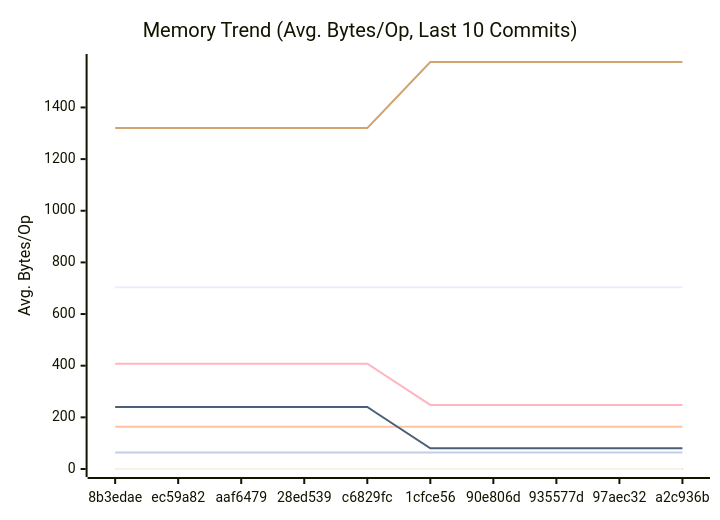
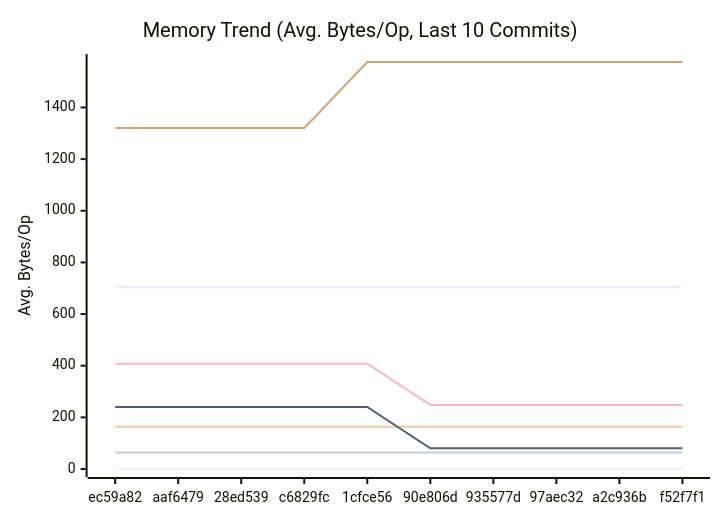
One commit to alsotoes/momo changed the second of 3 diagrams in docs/PERFORMANCE.md. Above: the diagram before and after it, drawn with Mermaid. The commit also changed other lines of this file and 3 other files, not shown here.

````diff
--- a/docs/PERFORMANCE.md
+++ b/docs/PERFORMANCE.md
@@ -152,18 +152,18 @@
 ```mermaid
 xychart-beta
     title "Memory Trend (Avg. Bytes/Op, Last 10 Commits)"
     x-axis "Commit"
     y-axis "Avg. Bytes/Op"
-    x-axis [8b3edae,ec59a82,aaf6479,28ed539,c6829fc,1cfce56,90e806d,935577d,97aec32,a2c936b]
+    x-axis [ec59a82,aaf6479,28ed539,c6829fc,1cfce56,90e806d,935577d,97aec32,a2c936b,f52f7f1]
     line "CheckMetricsAndSwap" [0,0,0,0,0,0,0,0,0,0]
     line "CrushOptimized" [0,0,0,0,0,0,0,0,0,0]
     line "CrushOriginal" [164,164,164,164,164,164,164,164,164,164]
     line "IndexDirectTracking" [0,0,0,0,0,0,0,0,0,0]
     line "IndexSearch" [0,0,0,0,0,0,0,0,0,0]
-    line "LoadGlobalConfig" [1320,1320,1320,1320,1320,1576,1576,1576,1576,1576]
+    line "LoadGlobalConfig" [1320,1320,1320,1320,1576,1576,1576,1576,1576,1576]
     line "PadString" [64,64,64,64,64,64,64,64,64,64]
     line "ParseReplicationOrder_NoPrealloc" [408,408,408,408,408,248,248,248,248,248]
     line "ParseReplicationOrder_Prealloc" [240,240,240,240,240,80,80,80,80,80]
     line "SanitizeLog/Safe" [0,0,0,0,0,0,0,0,0,0]
     line "SanitizeLog/Unsafe" [704,704,704,704,704,704,704,704,704,704]
 ```
````
